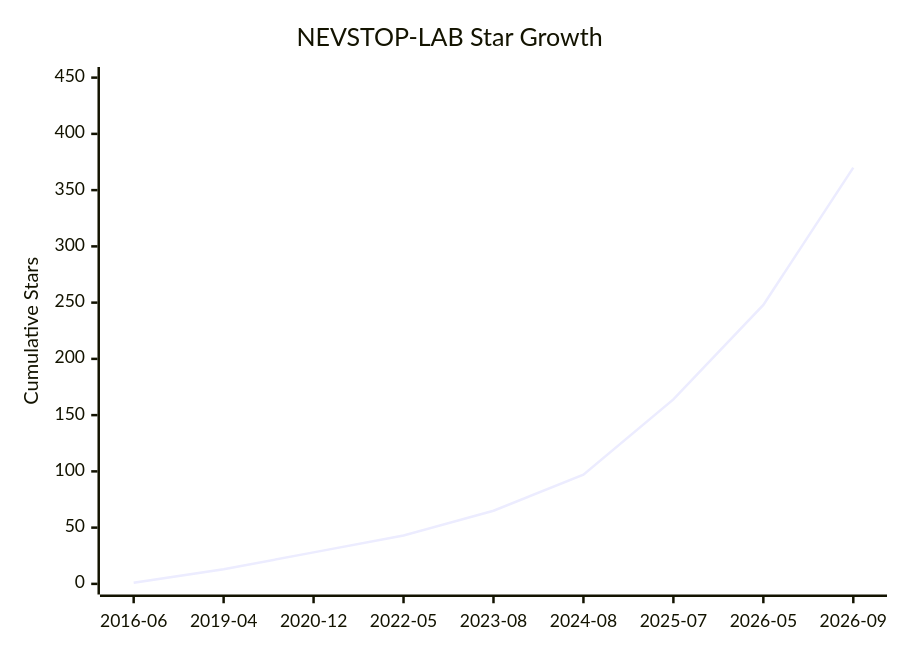
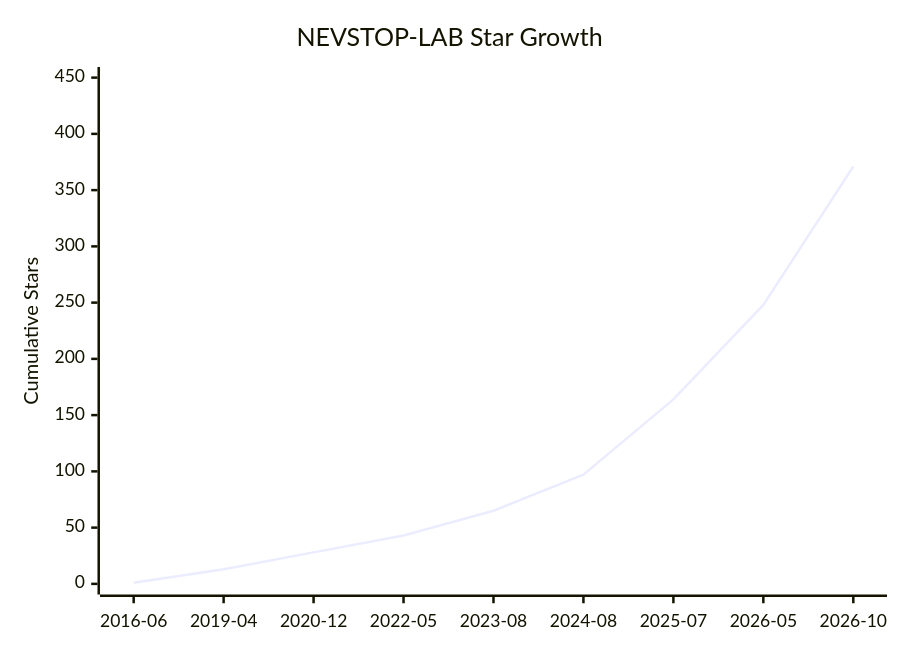
The diagram in Star-History.md (NEVSTOP-LAB/.github), drawn with Mermaid before and after one commit. The commit also changed other lines of this file and 2 other files, not shown here.

````diff
--- a/Star-History.md
+++ b/Star-History.md
@@ -8,7 +8,7 @@
 ```mermaid
 xychart-beta
     title "NEVSTOP-LAB Star Growth"
-    x-axis ["2016-06", "2019-04", "2020-12", "2022-05", "2023-08", "2024-08", "2025-07", "2026-05", "2026-09"]
+    x-axis ["2016-06", "2019-04", "2020-12", "2022-05", "2023-08", "2024-08", "2025-07", "2026-05", "2026-10"]
     y-axis "Cumulative Stars" 0 --> 450
-    line [1, 13, 28, 43, 65, 97, 164, 248, 370]
+    line [1, 13, 28, 43, 65, 97, 164, 248, 371]
 ```
````
